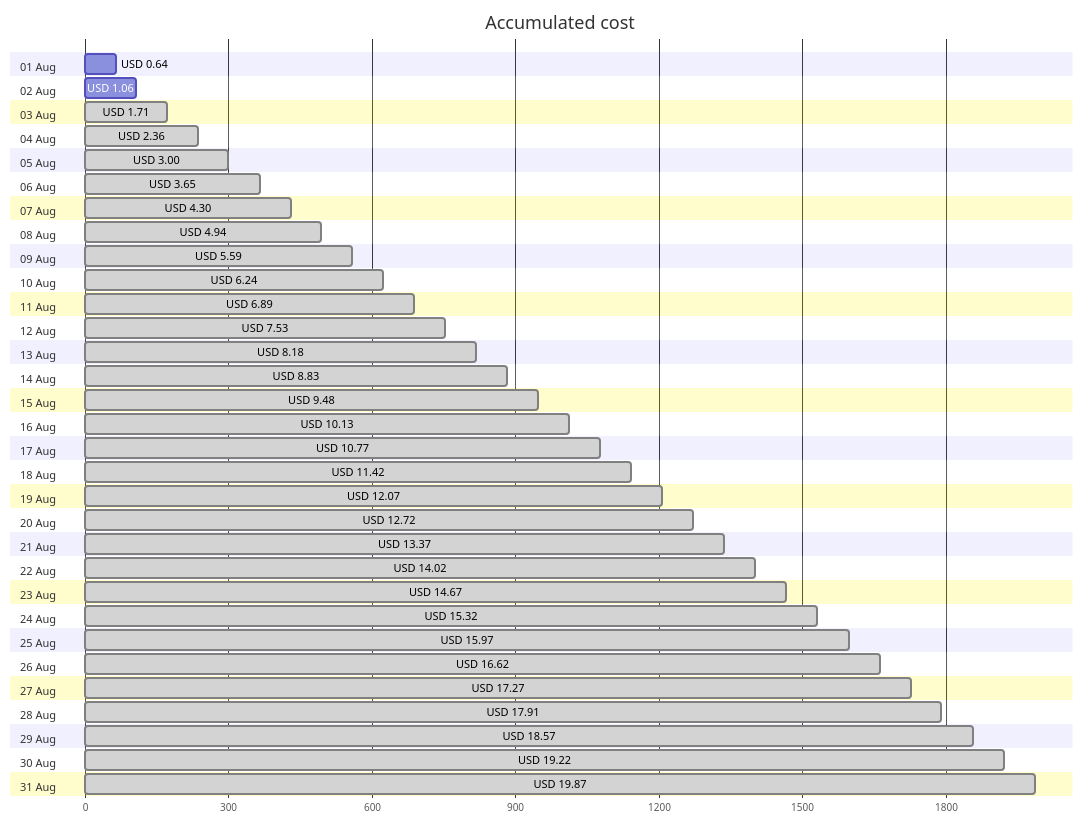
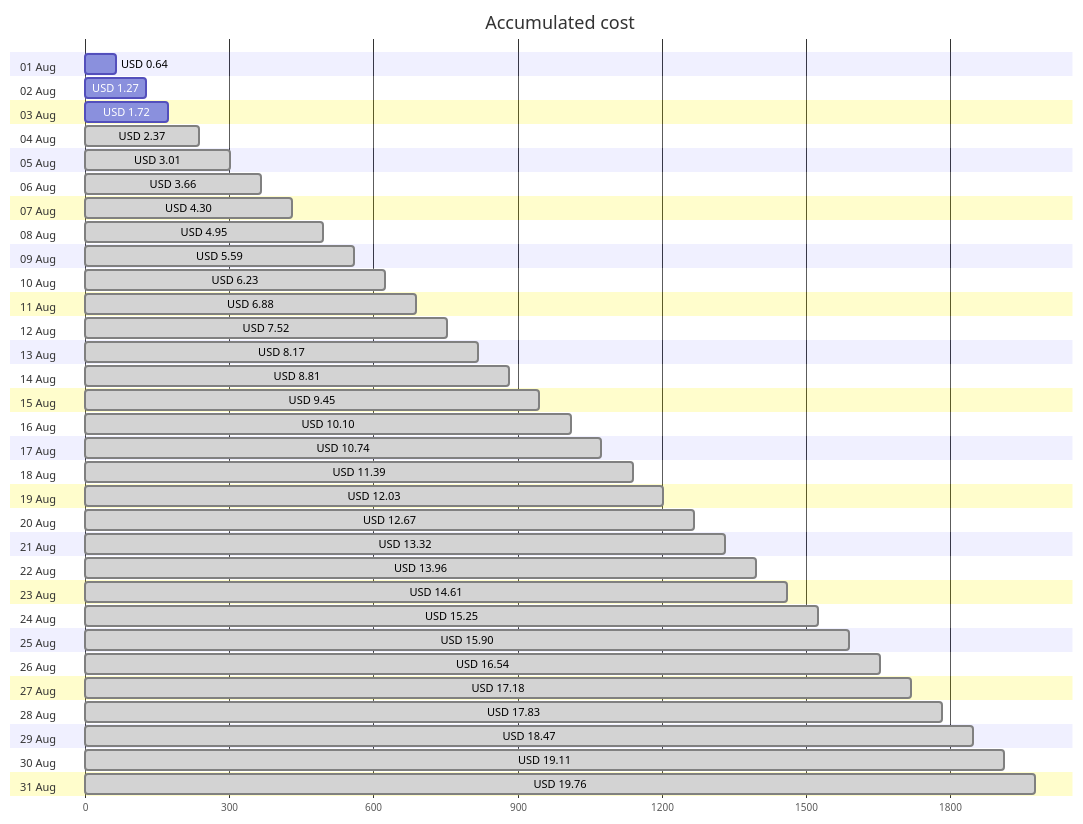
One commit to jpfulton/azure-personal-reports changed the first of 4 diagrams in cost-reports/accumulated-cost.md. Above: the diagram before and after it, drawn with Mermaid. The commit also changed other lines of this file and 4 other files, not shown here.

````diff
--- a/cost-reports/accumulated-cost.md
+++ b/cost-reports/accumulated-cost.md
@@ -20,68 +20,68 @@
 ```mermaid
 gantt
    title Accumulated cost
    dateFormat  X
    axisFormat %s
    section 01 Aug
    USD 0.64 :0, 64
    section 02 Aug
-   USD 1.06 :0, 106
+   USD 1.27 :0, 127
    section 03 Aug
-   USD 1.71 : done, 0, 171
+   USD 1.72 :0, 172
    section 04 Aug
-   USD 2.36 : done, 0, 236
+   USD 2.37 : done, 0, 237
    section 05 Aug
-   USD 3.00 : done, 0, 300
+   USD 3.01 : done, 0, 301
    section 06 Aug
-   USD 3.65 : done, 0, 365
+   USD 3.66 : done, 0, 366
    section 07 Aug
    USD 4.30 : done, 0, 430
    section 08 Aug
-   USD 4.94 : done, 0, 494
+   USD 4.95 : done, 0, 495
    section 09 Aug
    USD 5.59 : done, 0, 559
    section 10 Aug
-   USD 6.24 : done, 0, 624
+   USD 6.23 : done, 0, 623
    section 11 Aug
-   USD 6.89 : done, 0, 689
+   USD 6.88 : done, 0, 688
    section 12 Aug
-   USD 7.53 : done, 0, 753
+   USD 7.52 : done, 0, 752
    section 13 Aug
-   USD 8.18 : done, 0, 818
+   USD 8.17 : done, 0, 817
    section 14 Aug
-   USD 8.83 : done, 0, 883
+   USD 8.81 : done, 0, 881
    section 15 Aug
-   USD 9.48 : done, 0, 948
+   USD 9.45 : done, 0, 945
    section 16 Aug
-   USD 10.13 : done, 0, 1013
+   USD 10.10 : done, 0, 1010
    section 17 Aug
-   USD 10.77 : done, 0, 1077
+   USD 10.74 : done, 0, 1074
    section 18 Aug
-   USD 11.42 : done, 0, 1142
+   USD 11.39 : done, 0, 1139
    section 19 Aug
-   USD 12.07 : done, 0, 1207
+   USD 12.03 : done, 0, 1203
    section 20 Aug
-   USD 12.72 : done, 0, 1272
+   USD 12.67 : done, 0, 1267
    section 21 Aug
-   USD 13.37 : done, 0, 1337
+   USD 13.32 : done, 0, 1332
    section 22 Aug
-   USD 14.02 : done, 0, 1402
+   USD 13.96 : done, 0, 1396
    section 23 Aug
-   USD 14.67 : done, 0, 1467
+   USD 14.61 : done, 0, 1461
    section 24 Aug
-   USD 15.32 : done, 0, 1532
+   USD 15.25 : done, 0, 1525
    section 25 Aug
-   USD 15.97 : done, 0, 1597
+   USD 15.90 : done, 0, 1590
    section 26 Aug
-   USD 16.62 : done, 0, 1662
+   USD 16.54 : done, 0, 1654
    section 27 Aug
-   USD 17.27 : done, 0, 1727
+   USD 17.18 : done, 0, 1718
    section 28 Aug
-   USD 17.91 : done, 0, 1791
+   USD 17.83 : done, 0, 1783
    section 29 Aug
-   USD 18.57 : done, 0, 1857
+   USD 18.47 : done, 0, 1847
    section 30 Aug
-   USD 19.22 : done, 0, 1922
+   USD 19.11 : done, 0, 1911
    section 31 Aug
-   USD 19.87 : done, 0, 1987
+   USD 19.76 : done, 0, 1976
 ```
````
